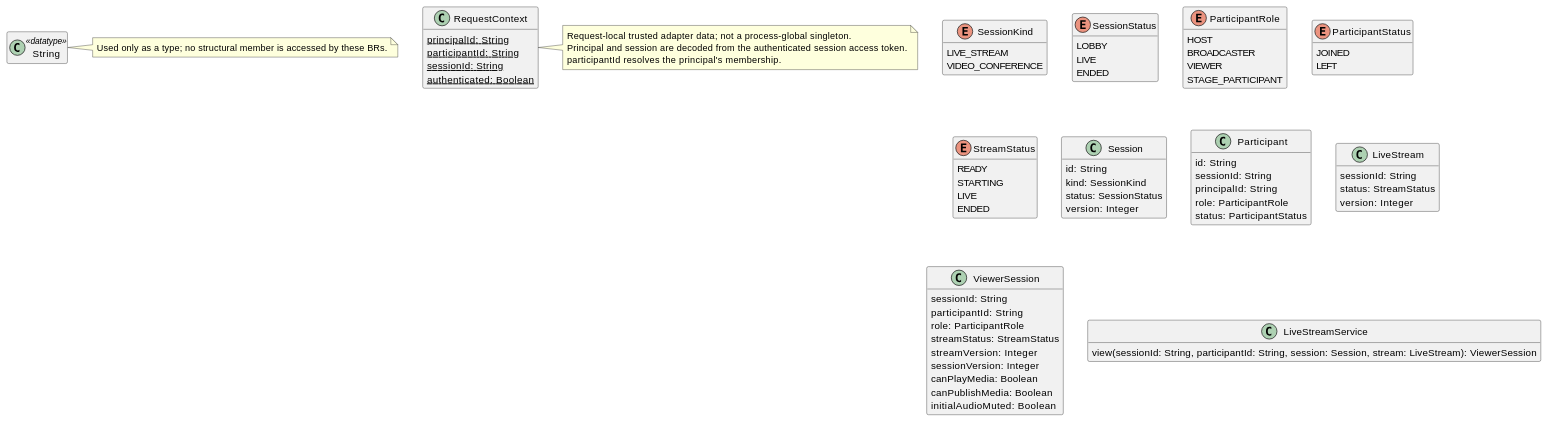
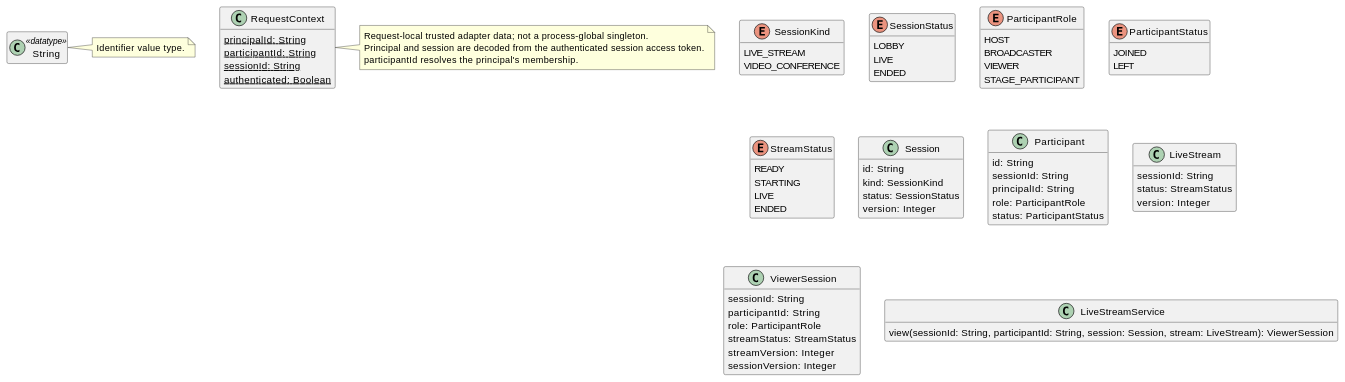
The diagram in docs/01-inception/use-cases/uc-05-watch-a-live-stream.md (tudzct/business-vibe-coding), drawn with PlantUML before and after one commit. The commit also changed other lines of this file and 1 other file, not shown here.

Commit message:
update input

```diff
--- a/docs/01-inception/use-cases/uc-05-watch-a-live-stream.md
+++ b/docs/01-inception/use-cases/uc-05-watch-a-live-stream.md
@@ -83,76 +83,73 @@
 ~~~plantuml
 @startuml
 hide empty members
 enum SessionKind {
   LIVE_STREAM
   VIDEO_CONFERENCE
 }
 enum SessionStatus {
   LOBBY
   LIVE
   ENDED
 }
 enum ParticipantRole {
   HOST
   BROADCASTER
   VIEWER
   STAGE_PARTICIPANT
 }
 enum ParticipantStatus {
   JOINED
   LEFT
 }
 enum StreamStatus {
   READY
   STARTING
   LIVE
   ENDED
 }
 class String <<datatype>> {
 }
-note right of String: Used only as a type; no structural member is accessed by these BRs.
+note right of String: Identifier value type.
 class RequestContext {
   {static} principalId: String
   {static} participantId: String
   {static} sessionId: String
   {static} authenticated: Boolean
 }
 class Session {
   id: String
   kind: SessionKind
   status: SessionStatus
   version: Integer
 }
 class Participant {
   id: String
   sessionId: String
   principalId: String
   role: ParticipantRole
   status: ParticipantStatus
 }
 class LiveStream {
   sessionId: String
   status: StreamStatus
   version: Integer
 }
 class ViewerSession {
   sessionId: String
   participantId: String
   role: ParticipantRole
   streamStatus: StreamStatus
   streamVersion: Integer
   sessionVersion: Integer
-  canPlayMedia: Boolean
-  canPublishMedia: Boolean
-  initialAudioMuted: Boolean
 }
 class LiveStreamService {
   view(sessionId: String, participantId: String, session: Session, stream: LiveStream): ViewerSession
 }
 note right of RequestContext
 Request-local trusted adapter data; not a process-global singleton.
 Principal and session are decoded from the authenticated session access token.
 participantId resolves the principal's membership.
 end note
 @enduml
 ~~~
```
